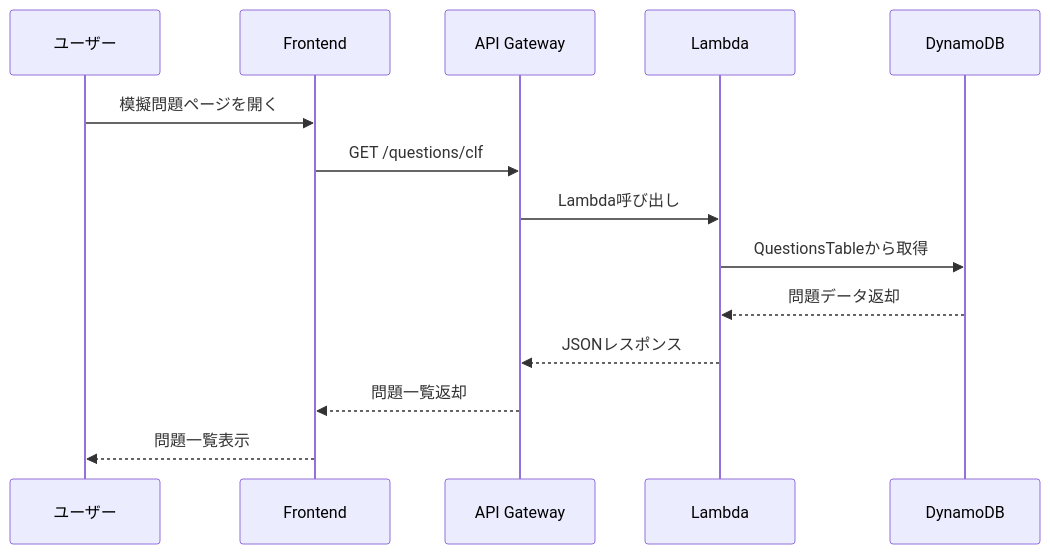
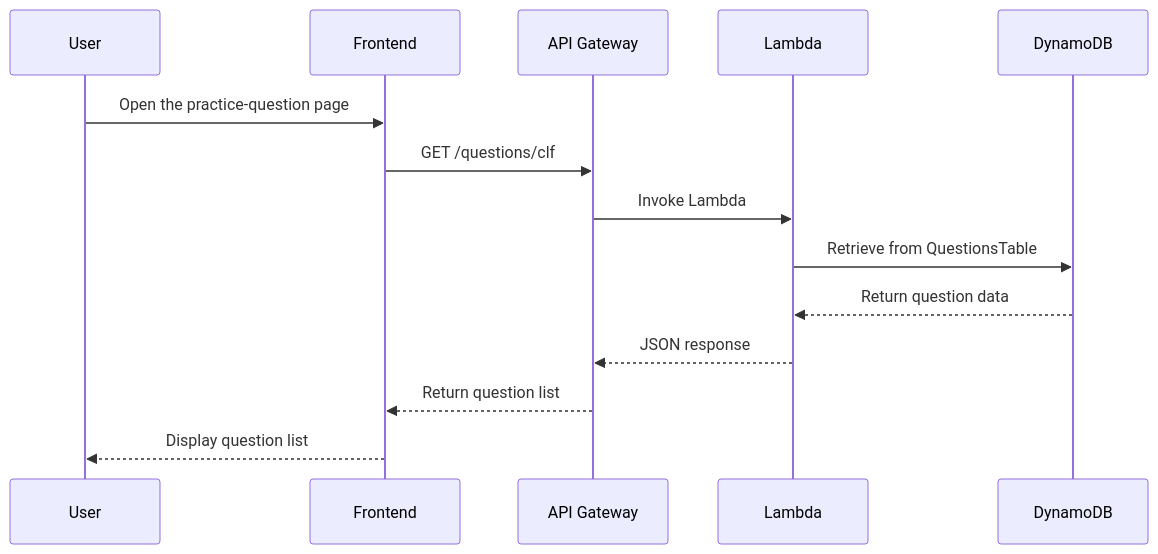
One commit to vincentmango-wen/aws-cert-roadmap-lab changed the fourth of 11 diagrams in docs/designs/04_aws_architecture_design.md. Above: the diagram before and after it, drawn with Mermaid. The commit also changed other lines of this file and 117 other files, not shown here.

````diff
--- a/docs/designs/04_aws_architecture_design.md
+++ b/docs/designs/04_aws_architecture_design.md
@@ -233,17 +233,17 @@
 ```mermaid
 sequenceDiagram
-    participant U as ユーザー
+    participant U as User
     participant FE as Frontend
     participant API as API Gateway
     participant L as Lambda
     participant DB as DynamoDB
 
-    U->>FE: 模擬問題ページを開く
+    U->>FE: Open the practice-question page
     FE->>API: GET /questions/clf
-    API->>L: Lambda呼び出し
-    L->>DB: QuestionsTableから取得
-    DB-->>L: 問題データ返却
-    L-->>API: JSONレスポンス
-    API-->>FE: 問題一覧返却
-    FE-->>U: 問題一覧表示
+    API->>L: Invoke Lambda
+    L->>DB: Retrieve from QuestionsTable
+    DB-->>L: Return question data
+    L-->>API: JSON response
+    API-->>FE: Return question list
+    FE-->>U: Display question list
 ```
````
